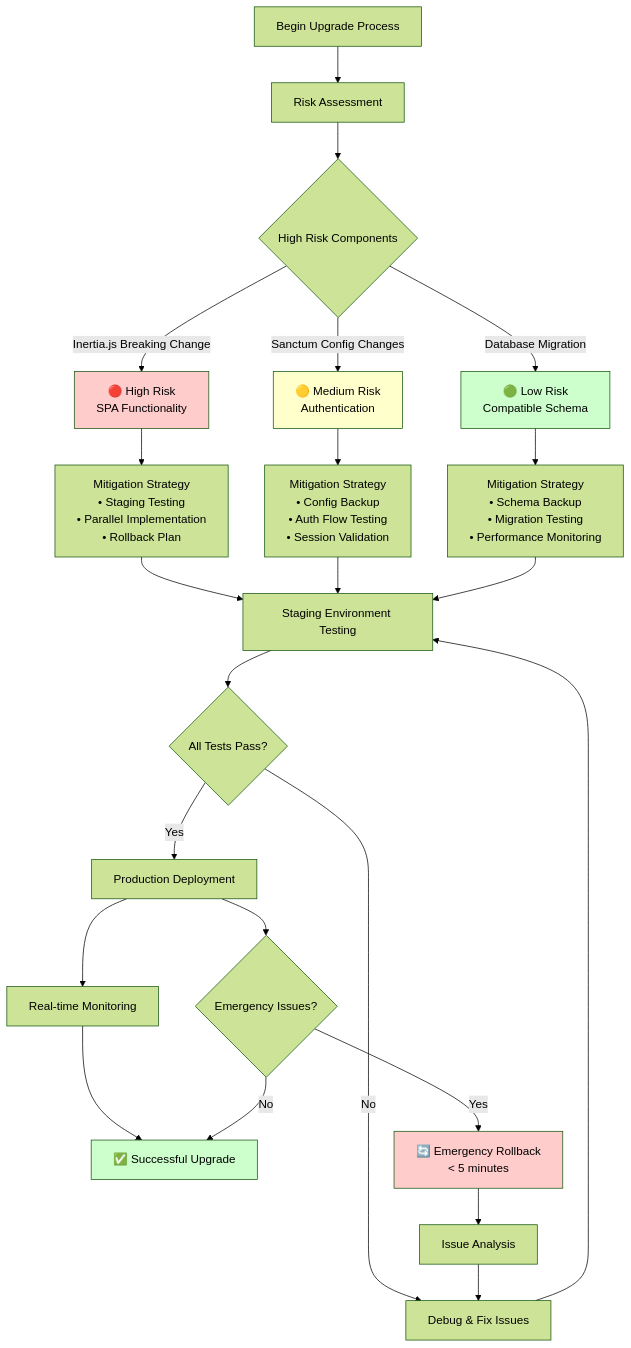
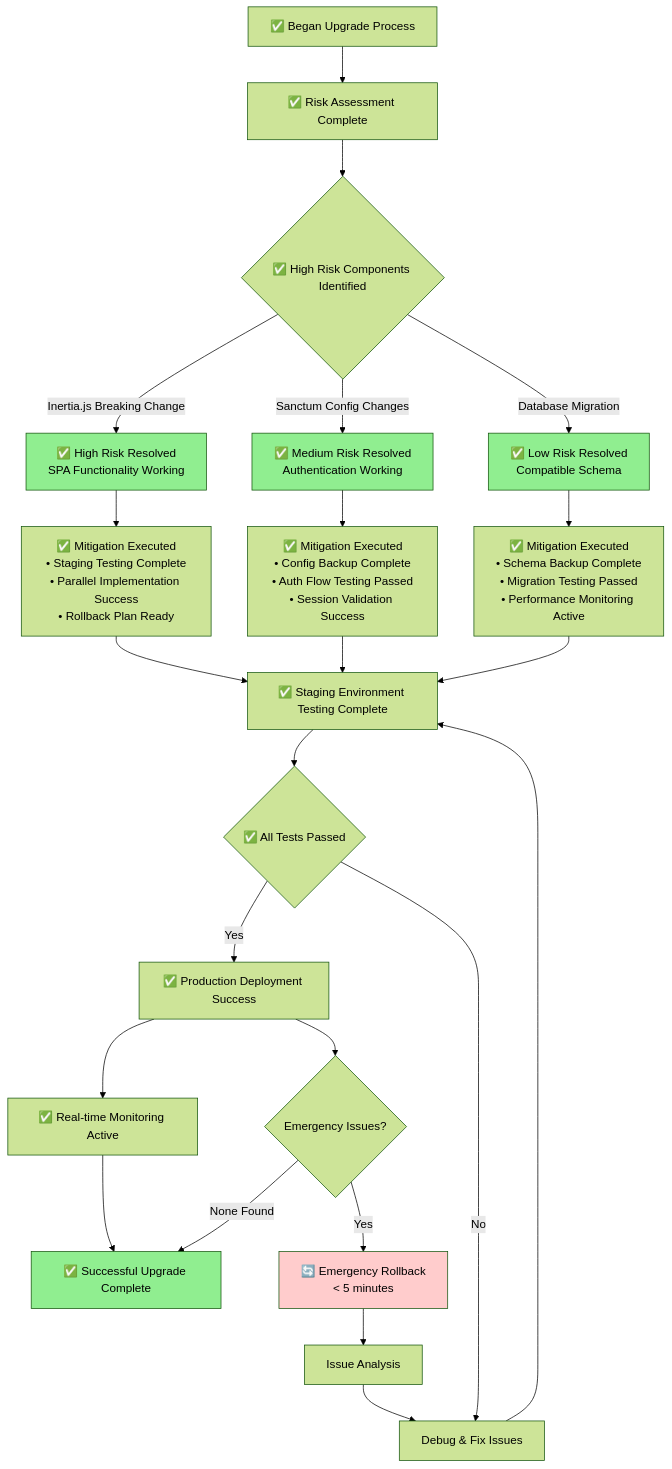
One commit to ltmoerdani/blazz changed the tenth of 15 diagrams in docs/laravel-12-upgrade/visual.md. Above: the diagram before and after it, drawn with Mermaid (forest theme). The commit also changed other lines of this file and 9 other files, not shown here.

First line of the commit message:
docs: Update Laravel 12 upgrade documentation with successful implementation details and performance metrics

````diff
--- a/docs/laravel-12-upgrade/visual.md
+++ b/docs/laravel-12-upgrade/visual.md
@@ -393,39 +393,39 @@
 ```mermaid
 flowchart TD
-    START[Begin Upgrade Process] --> RISK_ASSESS[Risk Assessment]
+    START[✅ Began Upgrade Process] --> RISK_ASSESS[✅ Risk Assessment Complete]
     
-    RISK_ASSESS --> HIGH_RISK{High Risk Components}
-    HIGH_RISK -->|Inertia.js Breaking Change| INERTIA_RISK[🔴 High Risk<br/>SPA Functionality]
-    HIGH_RISK -->|Sanctum Config Changes| SANCTUM_RISK[🟡 Medium Risk<br/>Authentication]
-    HIGH_RISK -->|Database Migration| DB_RISK[🟢 Low Risk<br/>Compatible Schema]
+    RISK_ASSESS --> HIGH_RISK{✅ High Risk Components Identified}
+    HIGH_RISK -->|Inertia.js Breaking Change| INERTIA_RISK[✅ High Risk Resolved<br/>SPA Functionality Working]
+    HIGH_RISK -->|Sanctum Config Changes| SANCTUM_RISK[✅ Medium Risk Resolved<br/>Authentication Working]
+    HIGH_RISK -->|Database Migration| DB_RISK[✅ Low Risk Resolved<br/>Compatible Schema]
     
-    INERTIA_RISK --> INERTIA_MIT[Mitigation Strategy<br/>• Staging Testing<br/>• Parallel Implementation<br/>• Rollback Plan]
-    SANCTUM_RISK --> SANCTUM_MIT[Mitigation Strategy<br/>• Config Backup<br/>• Auth Flow Testing<br/>• Session Validation]
-    DB_RISK --> DB_MIT[Mitigation Strategy<br/>• Schema Backup<br/>• Migration Testing<br/>• Performance Monitoring]
+    INERTIA_RISK --> INERTIA_MIT[✅ Mitigation Executed<br/>• Staging Testing Complete<br/>• Parallel Implementation Success<br/>• Rollback Plan Ready]
+    SANCTUM_RISK --> SANCTUM_MIT[✅ Mitigation Executed<br/>• Config Backup Complete<br/>• Auth Flow Testing Passed<br/>• Session Validation Success]
+    DB_RISK --> DB_MIT[✅ Mitigation Executed<br/>• Schema Backup Complete<br/>• Migration Testing Passed<br/>• Performance Monitoring Active]
     
-    INERTIA_MIT --> STAGING[Staging Environment Testing]
+    INERTIA_MIT --> STAGING[✅ Staging Environment Testing Complete]
     SANCTUM_MIT --> STAGING
     DB_MIT --> STAGING
     
-    STAGING --> STAGING_PASS{All Tests Pass?}
-    STAGING_PASS -->|Yes| PROD_DEPLOY[Production Deployment]
+    STAGING --> STAGING_PASS{✅ All Tests Passed}
+    STAGING_PASS -->|Yes| PROD_DEPLOY[✅ Production Deployment Success]
     STAGING_PASS -->|No| DEBUG[Debug & Fix Issues]
     
     DEBUG --> STAGING
     
-    PROD_DEPLOY --> MONITOR[Real-time Monitoring]
-    MONITOR --> SUCCESS[✅ Successful Upgrade]
+    PROD_DEPLOY --> MONITOR[✅ Real-time Monitoring Active]
+    MONITOR --> SUCCESS[✅ Successful Upgrade Complete]
     
     PROD_DEPLOY --> EMERGENCY{Emergency Issues?}
+    EMERGENCY -->|None Found| SUCCESS
     EMERGENCY -->|Yes| ROLLBACK[🔄 Emergency Rollback<br/>< 5 minutes]
-    EMERGENCY -->|No| SUCCESS
     
     ROLLBACK --> ANALYSIS[Issue Analysis]
     ANALYSIS --> DEBUG
     
-    style INERTIA_RISK fill:#ffcccc
-    style SANCTUM_RISK fill:#ffffcc
-    style DB_RISK fill:#ccffcc
-    style SUCCESS fill:#ccffcc
+    style INERTIA_RISK fill:#90EE90
+    style SANCTUM_RISK fill:#90EE90
+    style DB_RISK fill:#90EE90
+    style SUCCESS fill:#90EE90
     style ROLLBACK fill:#ffcccc
 ```
````
